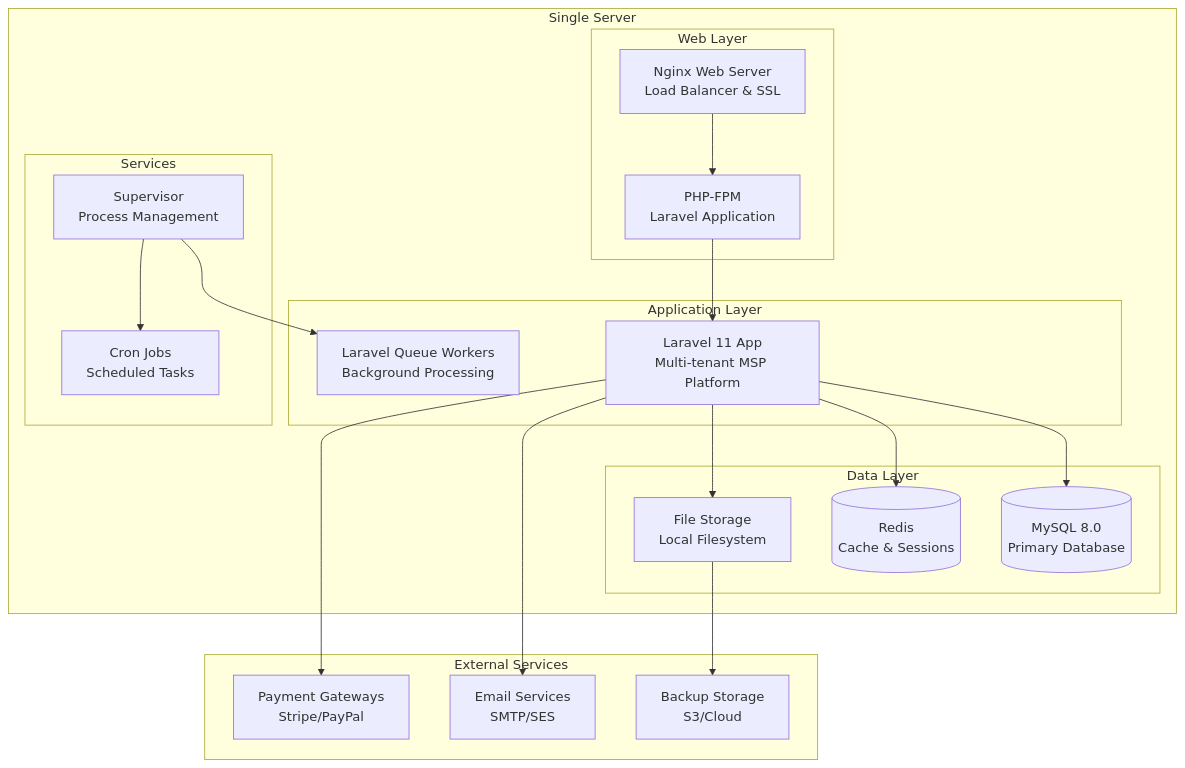
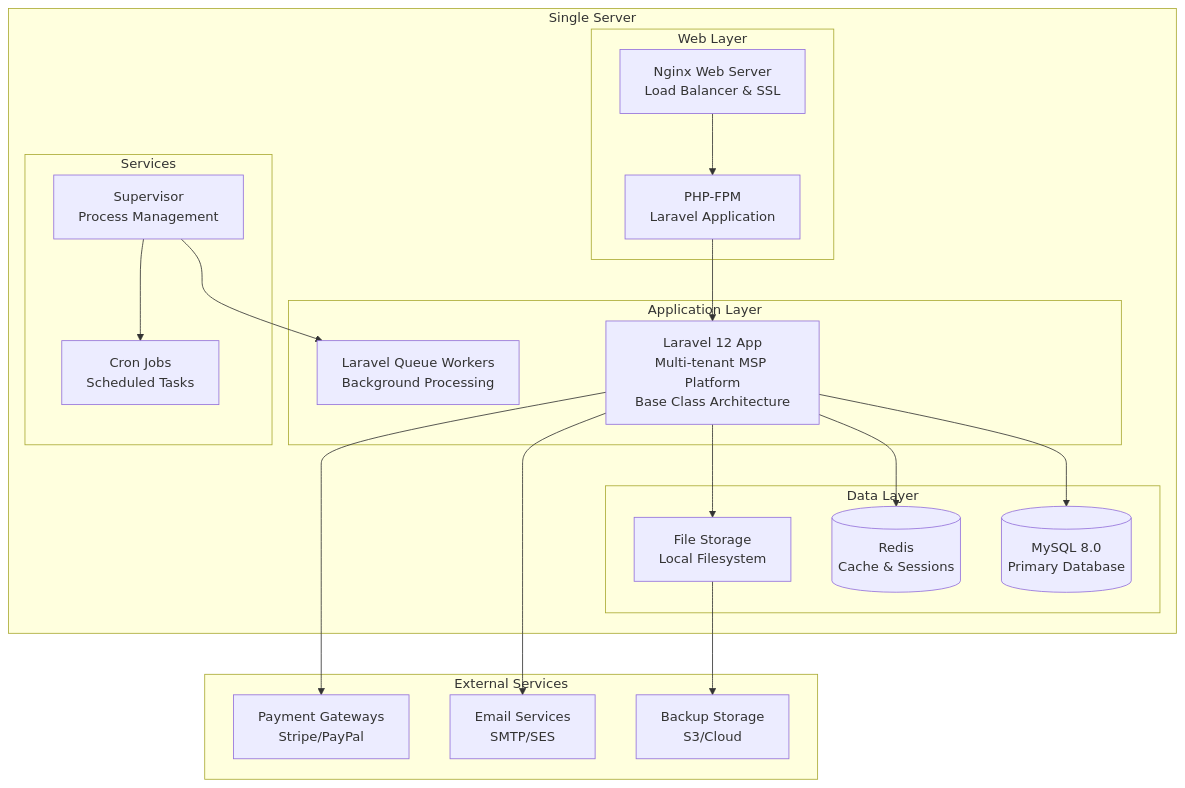
Before and after one commit to FoleyBridge-Solutions/Nestogy: the first of 8 diagrams in docs/architecture/deployment-architecture.md, drawn with Mermaid. The commit also changed other lines of this file and 1099 other files, not shown here.

````diff
--- a/docs/architecture/deployment-architecture.md
+++ b/docs/architecture/deployment-architecture.md
@@ -11,42 +11,42 @@
 ```mermaid
 graph TB
     subgraph "Single Server"
         subgraph "Web Layer"
             NGINX[Nginx Web Server<br/>Load Balancer & SSL]
             PHP[PHP-FPM<br/>Laravel Application]
         end
         
         subgraph "Application Layer"
-            LARAVEL[Laravel 11 App<br/>Multi-tenant MSP Platform]
+            LARAVEL[Laravel 12 App<br/>Multi-tenant MSP Platform<br/>Base Class Architecture]
             QUEUE[Laravel Queue Workers<br/>Background Processing]
         end
         
         subgraph "Data Layer"
             MYSQL[(MySQL 8.0<br/>Primary Database)]
             REDIS[(Redis<br/>Cache & Sessions)]
             FILES[File Storage<br/>Local Filesystem]
         end
         
         subgraph "Services"
             SUPERVISOR[Supervisor<br/>Process Management]
             CRON[Cron Jobs<br/>Scheduled Tasks]
         end
     end
     
     subgraph "External Services"
         EMAIL[Email Services<br/>SMTP/SES]
         PAYMENT[Payment Gateways<br/>Stripe/PayPal]
         BACKUP[Backup Storage<br/>S3/Cloud]
     end
     
     NGINX --> PHP
     PHP --> LARAVEL
     LARAVEL --> MYSQL
     LARAVEL --> REDIS
     LARAVEL --> FILES
     LARAVEL --> EMAIL
     LARAVEL --> PAYMENT
     SUPERVISOR --> QUEUE
     SUPERVISOR --> CRON
     FILES --> BACKUP
 ```
````
